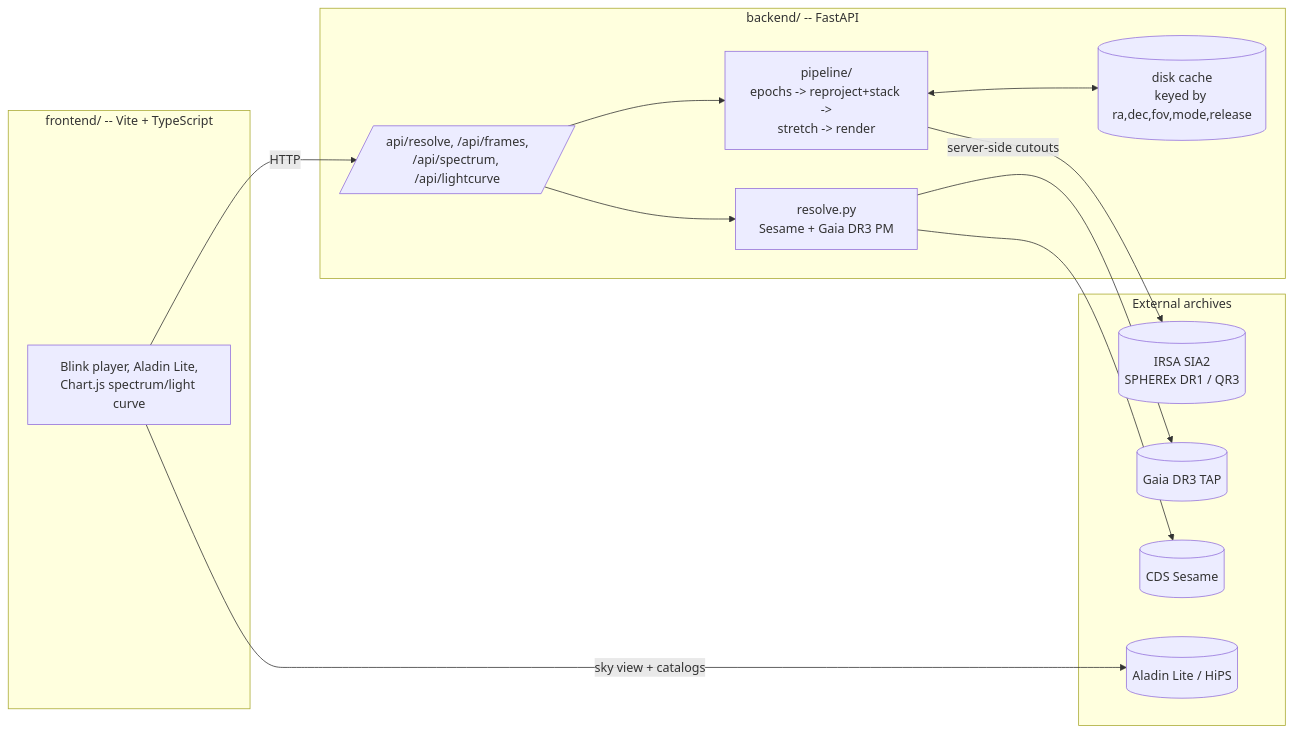
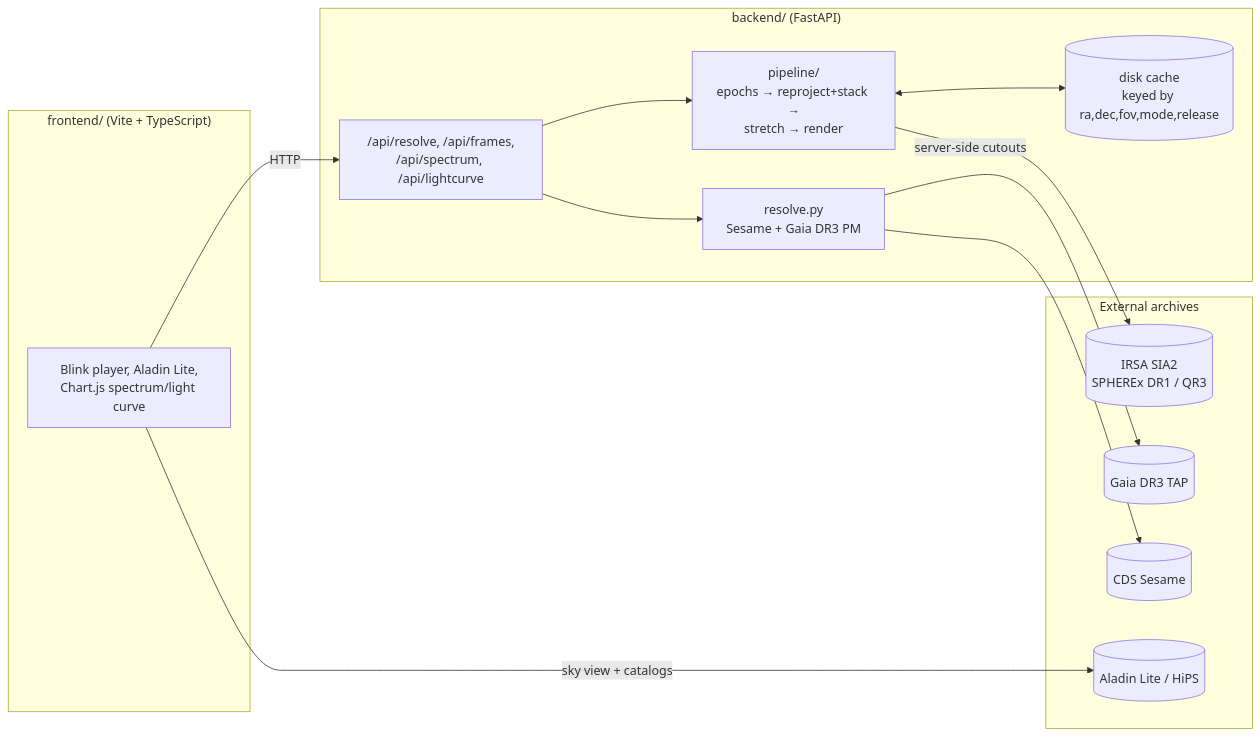
The diagram in README.md (Rikethken93/spherex-blink), drawn with Mermaid before and after one commit. The commit also changed 13 other files, not shown here.

Commit message:
Fix mermaid diagram syntax (quoted labels, br tags) and verify both render correctly

````diff
--- a/README.md
+++ b/README.md
@@ -63,28 +63,28 @@
 ```mermaid
 flowchart LR
-    subgraph Frontend [frontend/ -- Vite + TypeScript]
-        UI[Blink player, Aladin Lite,\nChart.js spectrum/light curve]
+    subgraph Frontend ["frontend/ (Vite + TypeScript)"]
+        UI["Blink player, Aladin Lite,<br/>Chart.js spectrum/light curve"]
     end
 
-    subgraph Backend [backend/ -- FastAPI]
-        API[/api/resolve, /api/frames,\n/api/spectrum, /api/lightcurve/]
-        Resolve[resolve.py\nSesame + Gaia DR3 PM]
-        Pipeline[pipeline/\nepochs -> reproject+stack ->\nstretch -> render]
-        Cache[(disk cache\nkeyed by ra,dec,fov,mode,release)]
+    subgraph Backend ["backend/ (FastAPI)"]
+        API["/api/resolve, /api/frames,<br/>/api/spectrum, /api/lightcurve"]
+        Resolve["resolve.py<br/>Sesame + Gaia DR3 PM"]
+        Pipeline["pipeline/<br/>epochs → reproject+stack →<br/>stretch → render"]
+        Cache[("disk cache<br/>keyed by ra,dec,fov,mode,release")]
     end
 
-    subgraph External [External archives]
-        IRSA[(IRSA SIA2\nSPHEREx DR1 / QR3)]
-        Gaia[(Gaia DR3 TAP)]
-        Sesame[(CDS Sesame)]
-        Aladin[(Aladin Lite / HiPS)]
+    subgraph External ["External archives"]
+        IRSA[("IRSA SIA2<br/>SPHEREx DR1 / QR3")]
+        Gaia[("Gaia DR3 TAP")]
+        Sesame[("CDS Sesame")]
+        Aladin[("Aladin Lite / HiPS")]
     end
 
     UI -->|HTTP| API
     API --> Resolve --> Gaia
     Resolve --> Sesame
     API --> Pipeline
     Pipeline -->|server-side cutouts| IRSA
     Pipeline <--> Cache
     UI -->|sky view + catalogs| Aladin
 ```
````
